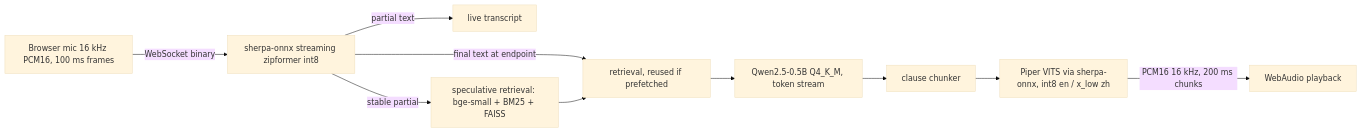
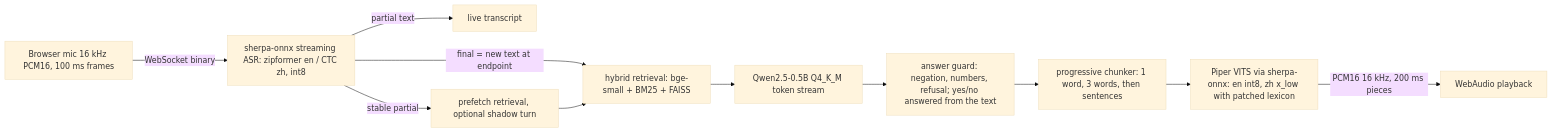
One commit to Brian-code-123/VORA changed the diagram in docs/report.md. Above: the diagram before and after it, drawn with Mermaid (base theme). The commit also changed other lines of this file and 1 other file, not shown here.

````diff
--- a/docs/report.md
+++ b/docs/report.md
@@ -7,12 +7,13 @@
 ```mermaid
 flowchart LR
-  Mic[Browser mic 16 kHz PCM16, 100 ms frames] -->|WebSocket binary| ASR[sherpa-onnx streaming zipformer int8]
+  Mic[Browser mic 16 kHz PCM16, 100 ms frames] -->|WebSocket binary| ASR[sherpa-onnx streaming ASR: zipformer en / CTC zh, int8]
   ASR -->|partial text| UI[live transcript]
-  ASR -->|stable partial| Pre[speculative retrieval: bge-small + BM25 + FAISS]
-  ASR -->|final text at endpoint| Ret[retrieval, reused if prefetched]
+  ASR -->|stable partial| Pre[prefetch retrieval, optional shadow turn]
+  ASR -->|final = new text at endpoint| Ret[hybrid retrieval: bge-small + BM25 + FAISS]
   Pre --> Ret
-  Ret --> LLM[Qwen2.5-0.5B Q4_K_M, token stream]
-  LLM --> Chunk[clause chunker]
-  Chunk --> TTS[Piper VITS via sherpa-onnx, int8 en / x_low zh]
-  TTS -->|PCM16 16 kHz, 200 ms chunks| Spk[WebAudio playback]
+  Ret --> LLM[Qwen2.5-0.5B Q4_K_M token stream]
+  LLM --> Guard[answer guard: negation, numbers, refusal; yes/no answered from the text]
+  Guard --> Chunk[progressive chunker: 1 word, 3 words, then sentences]
+  Chunk --> TTS[Piper VITS via sherpa-onnx: en int8, zh x_low with patched lexicon]
+  TTS -->|PCM16 16 kHz, 200 ms pieces| Spk[WebAudio playback]
 ```
````
